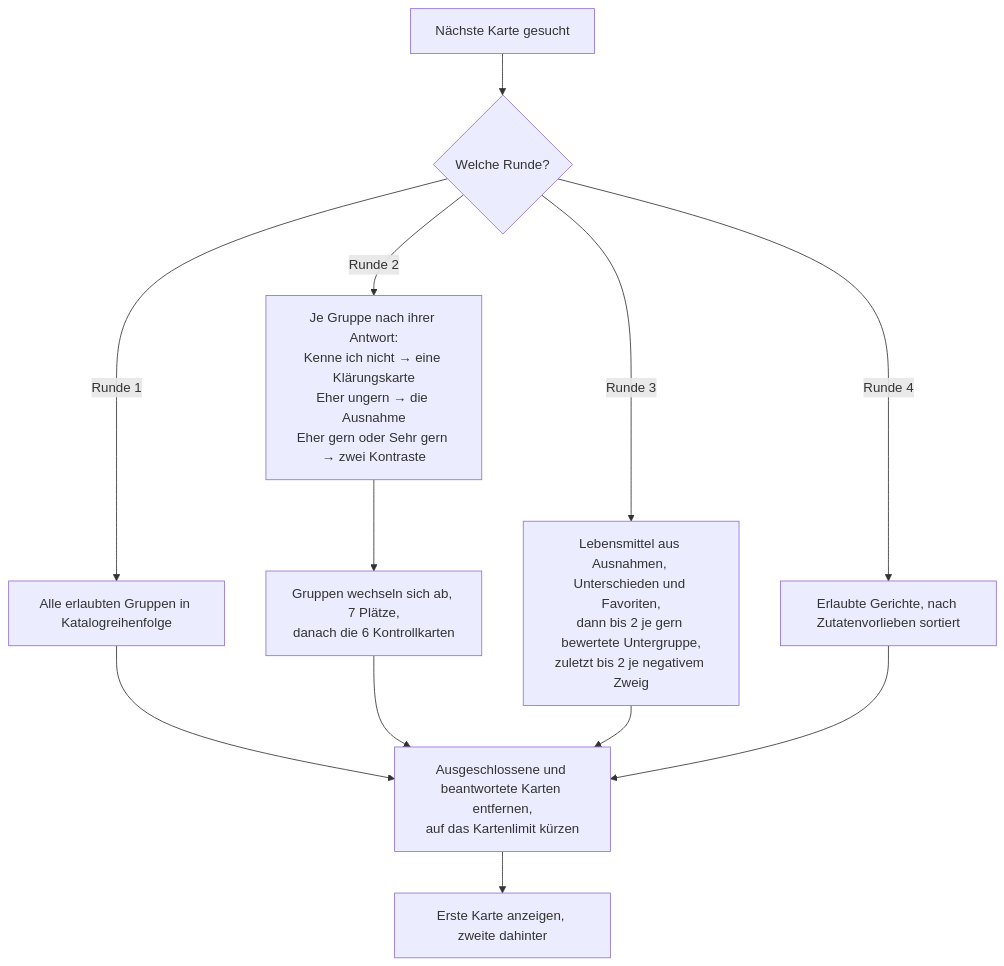
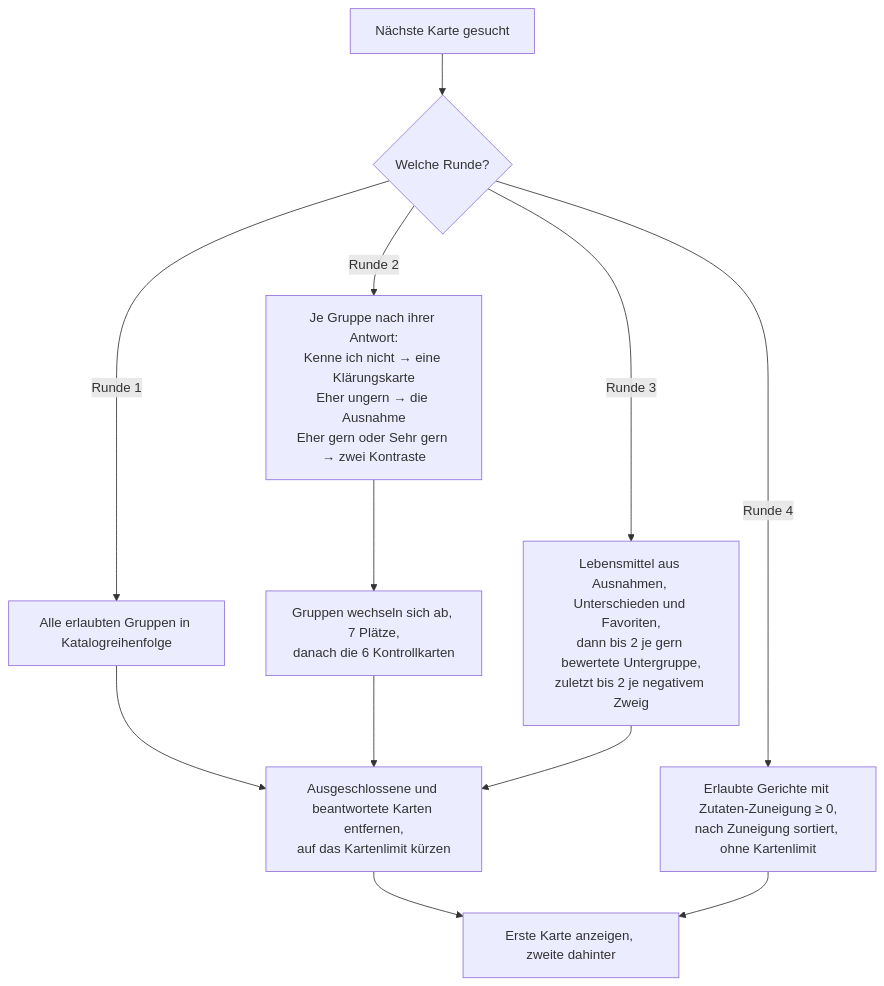
The third of 6 diagrams in docs/05_Flowcharts.md (kerisan-jeg/geschmacksprofil-50plus), drawn with Mermaid before and after one commit. The commit also changed other lines of this file and 89 other files, not shown here.

````diff
--- a/docs/05_Flowcharts.md
+++ b/docs/05_Flowcharts.md
@@ -73,11 +72,12 @@
 ```mermaid
 flowchart TD
   A["Nächste Karte gesucht"] --> B{"Welche Runde?"}
   B -- "Runde 1" --> C["Alle erlaubten Gruppen in Katalogreihenfolge"]
   B -- "Runde 2" --> D["Je Gruppe nach ihrer Antwort:<br/>Kenne ich nicht → eine Klärungskarte<br/>Eher ungern → die Ausnahme<br/>Eher gern oder Sehr gern → zwei Kontraste"]
   D --> D2["Gruppen wechseln sich ab, 7 Plätze,<br/>danach die 6 Kontrollkarten"]
   B -- "Runde 3" --> E["Lebensmittel aus Ausnahmen, Unterschieden und Favoriten,<br/>dann bis 2 je gern bewertete Untergruppe,<br/>zuletzt bis 2 je negativem Zweig"]
-  B -- "Runde 4" --> F["Erlaubte Gerichte, nach Zutatenvorlieben sortiert"]
-  C & D2 & E & F --> G["Ausgeschlossene und beantwortete Karten entfernen,<br/>auf das Kartenlimit kürzen"]
+  B -- "Runde 4" --> F["Erlaubte Gerichte mit Zutaten-Zuneigung ≥ 0,<br/>nach Zuneigung sortiert, ohne Kartenlimit"]
+  C & D2 & E --> G["Ausgeschlossene und beantwortete Karten entfernen,<br/>auf das Kartenlimit kürzen"]
   G --> H["Erste Karte anzeigen, zweite dahinter"]
+  F --> H
 ```
````
